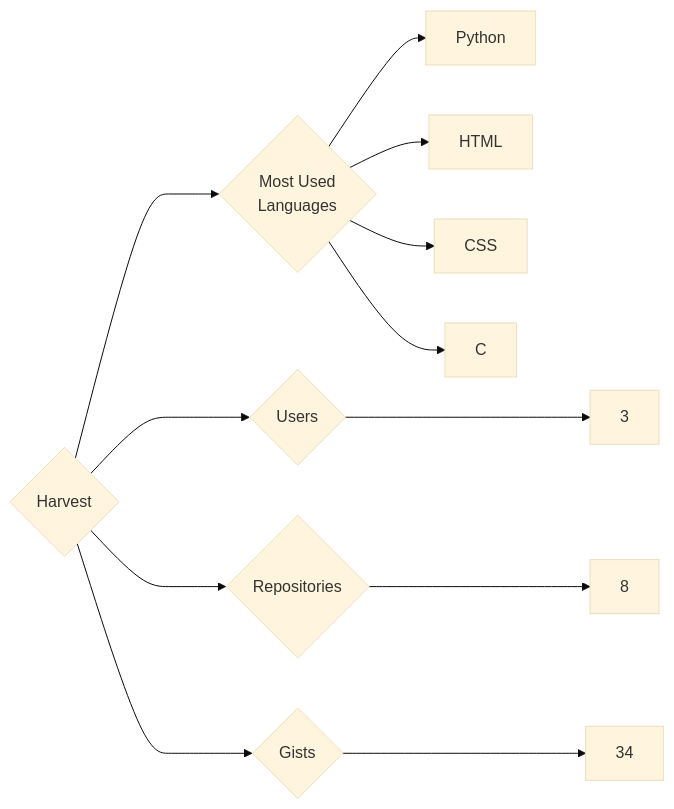
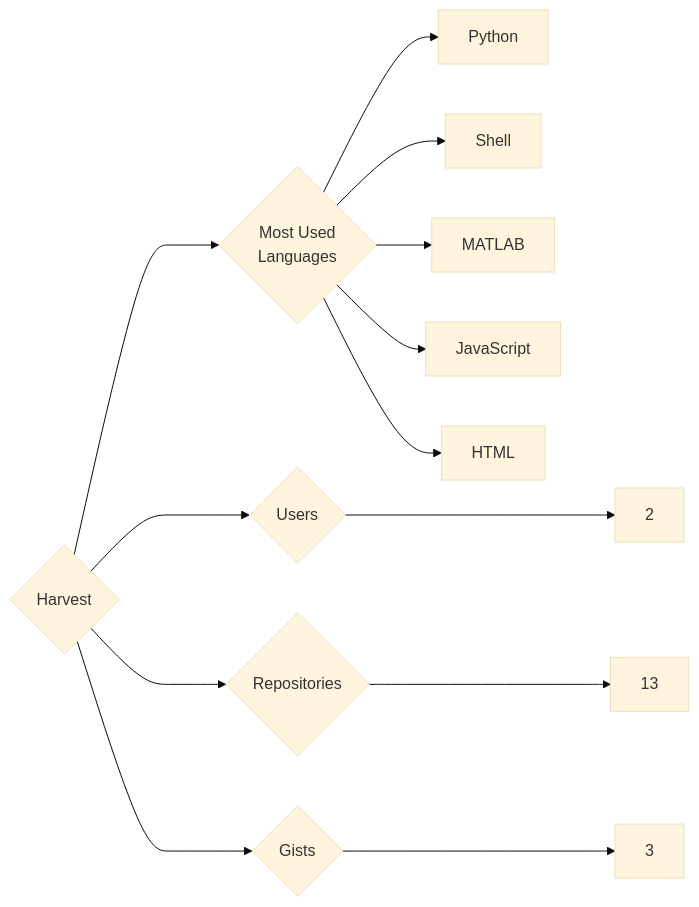
Before and after one commit to trickest/insiders: the diagram in targets/Harvest/README.md, drawn with Mermaid (base theme). The commit also changed 1123 other files, not shown here.

````diff
--- a/targets/Harvest/README.md
+++ b/targets/Harvest/README.md
@@ -3,12 +3,13 @@
 ```mermaid
 graph LR
 COMPANY_NAME{Harvest}
-COMPANY_NAME ---> U{Users} ---> UN[3]
-COMPANY_NAME ---> R{Repositories} ---> RN[8]
-COMPANY_NAME ---> G{Gists} ---> GN[34]
+COMPANY_NAME ---> U{Users} ---> UN[2]
+COMPANY_NAME ---> R{Repositories} ---> RN[13]
+COMPANY_NAME ---> G{Gists} ---> GN[3]
 COMPANY_NAME ---> ML{Most Used<br>Languages}
 ML --> Python[Python]
+ML --> Shell[Shell]
+ML --> MATLAB[MATLAB]
+ML --> JavaScript[JavaScript]
 ML --> HTML[HTML]
-ML --> CSS[CSS]
-ML --> C[C]
 ```
````
